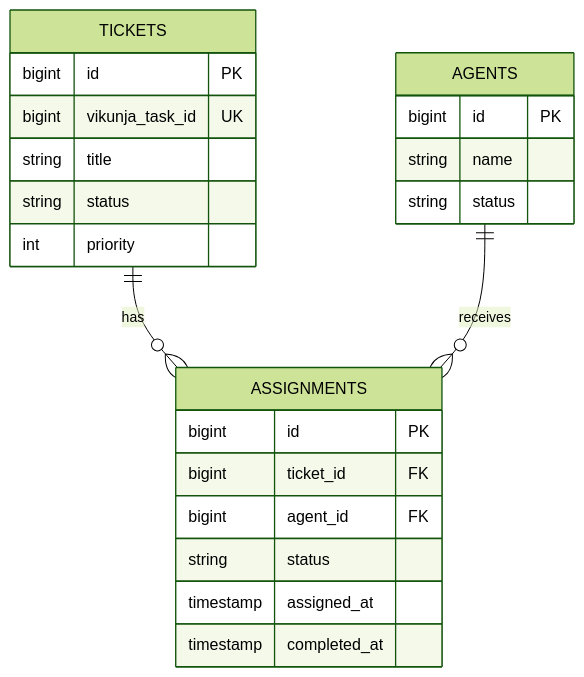
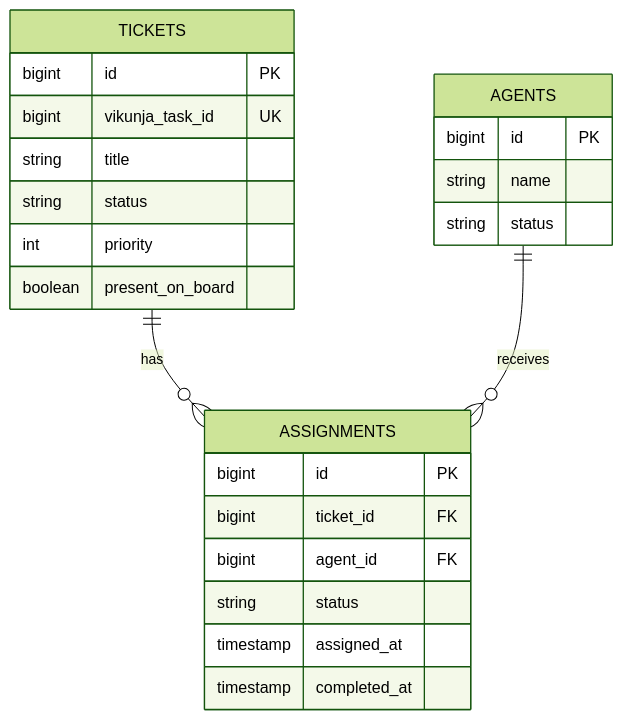
The diagram in agent-team/apps/scheduler/src/db/stores-doc.md (lgdelacruz92/agent-team), drawn with Mermaid (forest theme) before and after one commit. The commit also changed other lines of this file and 16 other files, not shown here.

````diff
--- a/agent-team/apps/scheduler/src/db/stores-doc.md
+++ b/agent-team/apps/scheduler/src/db/stores-doc.md
@@ -3,28 +5,29 @@
 ```mermaid
 erDiagram
     TICKETS ||--o{ ASSIGNMENTS : has
     AGENTS ||--o{ ASSIGNMENTS : receives
 
     TICKETS {
         bigint id PK
         bigint vikunja_task_id UK
         string title
         string status
         int priority
+        boolean present_on_board
     }
 
     AGENTS {
         bigint id PK
         string name
         string status
     }
 
     ASSIGNMENTS {
         bigint id PK
         bigint ticket_id FK
         bigint agent_id FK
         string status
         timestamp assigned_at
         timestamp completed_at
     }
 ```
````
